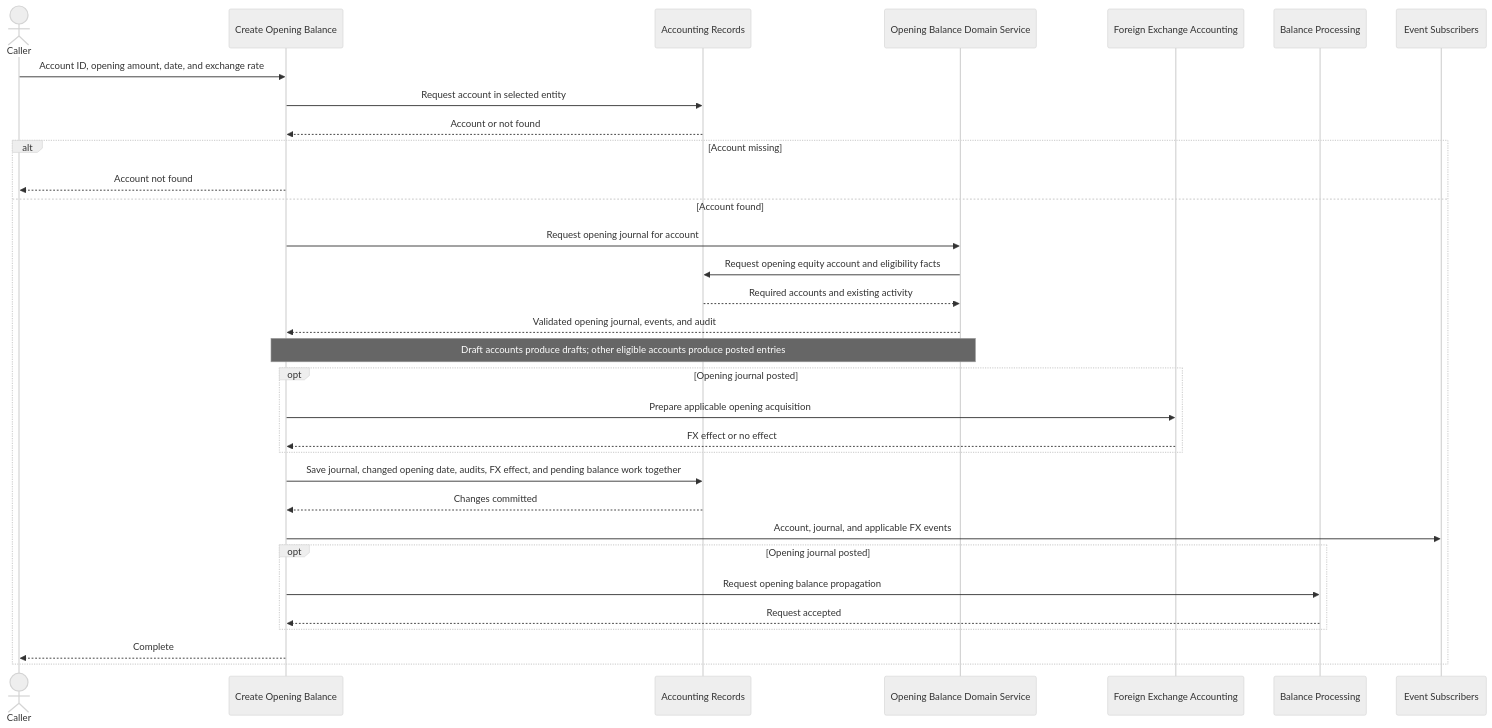
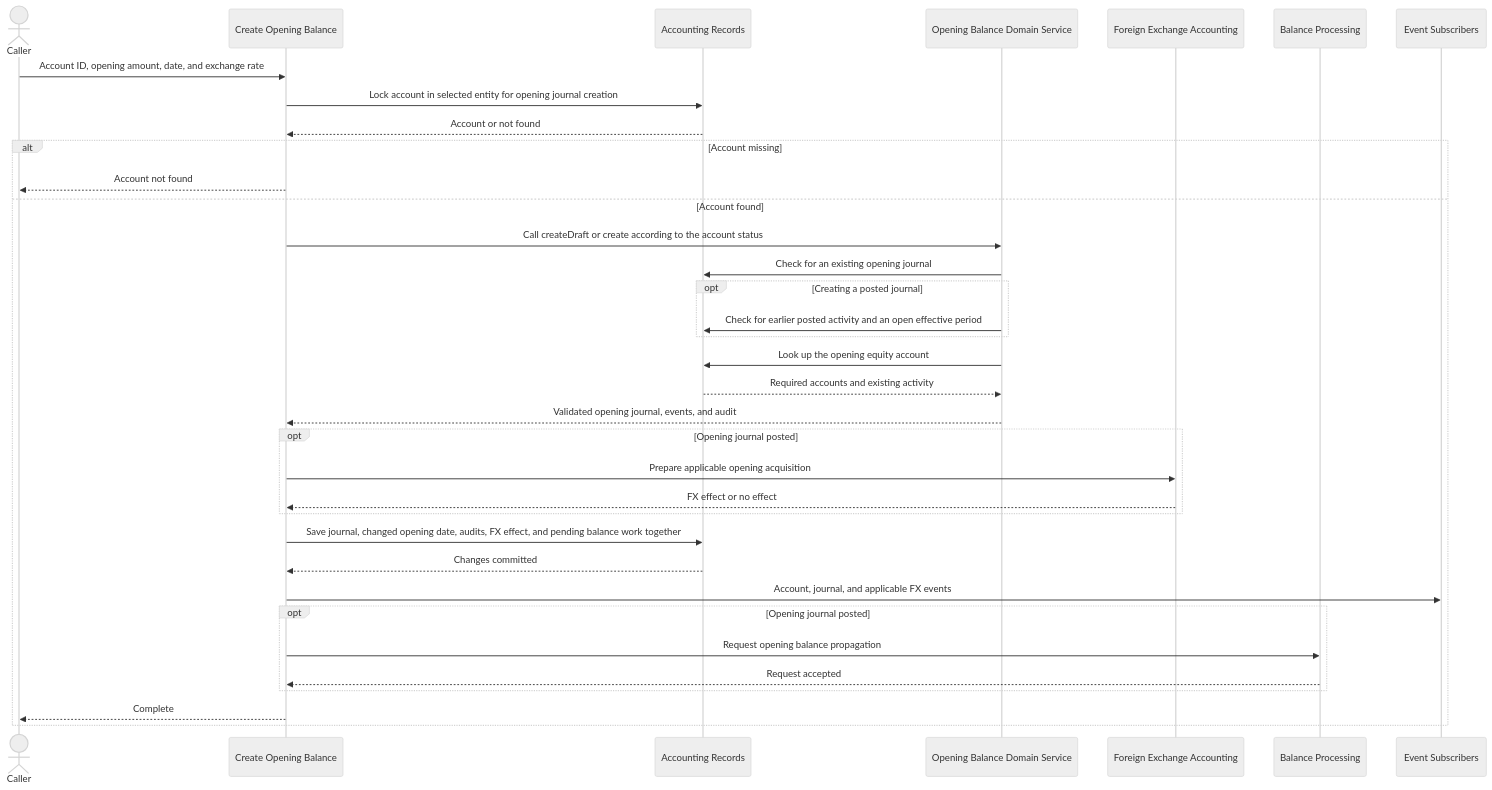
One commit to drimsheet/drimsheet-core changed the diagram in src/app/journal-entry/usecases/__docs__/create-opening-balance.sequence.md. Above: the diagram before and after it, drawn with Mermaid (neutral theme). The commit also changed 36 other files, not shown here.

Commit message:
refactor(journal-entry): separate opening balance lifecycle operations

````diff
--- a/src/app/journal-entry/usecases/__docs__/create-opening-balance.sequence.md
+++ b/src/app/journal-entry/usecases/__docs__/create-opening-balance.sequence.md
@@ -3,35 +3,38 @@
 ```mermaid
 sequenceDiagram
     actor Caller
     participant CreateUseCase as Create Opening Balance
     participant Records as Accounting Records
     participant Opening as Opening Balance Domain Service
     participant FX as Foreign Exchange Accounting
     participant Balances as Balance Processing
     participant Events as Event Subscribers
 
     Caller->>CreateUseCase: Account ID, opening amount, date, and exchange rate
-    CreateUseCase->>Records: Request account in selected entity
+    CreateUseCase->>Records: Lock account in selected entity for opening journal creation
     Records-->>CreateUseCase: Account or not found
     alt Account missing
         CreateUseCase-->>Caller: Account not found
     else Account found
-        CreateUseCase->>Opening: Request opening journal for account
-        Opening->>Records: Request opening equity account and eligibility facts
+        CreateUseCase->>Opening: Call createDraft or create according to the account status
+        Opening->>Records: Check for an existing opening journal
+        opt Creating a posted journal
+            Opening->>Records: Check for earlier posted activity and an open effective period
+        end
+        Opening->>Records: Look up the opening equity account
         Records-->>Opening: Required accounts and existing activity
         Opening-->>CreateUseCase: Validated opening journal, events, and audit
-        Note over Opening,CreateUseCase: Draft accounts produce drafts#59; other eligible accounts produce posted entries
         opt Opening journal posted
             CreateUseCase->>FX: Prepare applicable opening acquisition
             FX-->>CreateUseCase: FX effect or no effect
         end
         CreateUseCase->>Records: Save journal, changed opening date, audits, FX effect, and pending balance work together
         Records-->>CreateUseCase: Changes committed
         CreateUseCase->>Events: Account, journal, and applicable FX events
         opt Opening journal posted
             CreateUseCase->>Balances: Request opening balance propagation
             Balances-->>CreateUseCase: Request accepted
         end
         CreateUseCase-->>Caller: Complete
     end
 ```
````
